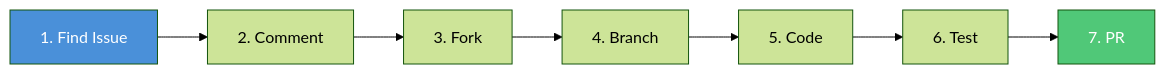
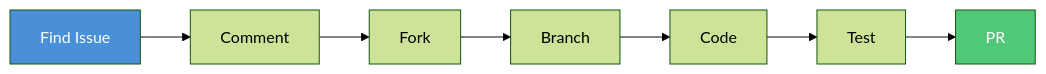
Before and after one commit to rubentalstra/Trial-Submission-Studio: the diagram in docs/src/contributing/getting-started.md, drawn with Mermaid (forest theme). The commit also changed 1 other file, not shown here.

Commit message:
fix: update mermaid diagram labels for clarity in getting-started and quick-start documentation

````diff
--- a/docs/src/contributing/getting-started.md
+++ b/docs/src/contributing/getting-started.md
@@ -62,12 +62,12 @@
 ```mermaid
 flowchart LR
-    A[1. Find Issue] --> B[2. Comment]
-    B --> C[3. Fork]
-    C --> D[4. Branch]
-    D --> E[5. Code]
-    E --> F[6. Test]
-    F --> G[7. PR]
+    A["Find Issue"] --> B["Comment"]
+    B --> C["Fork"]
+    C --> D["Branch"]
+    D --> E["Code"]
+    E --> F["Test"]
+    F --> G["PR"]
 
     style A fill:#4a90d9,color:#fff
     style G fill:#50c878,color:#fff
 ```
````
